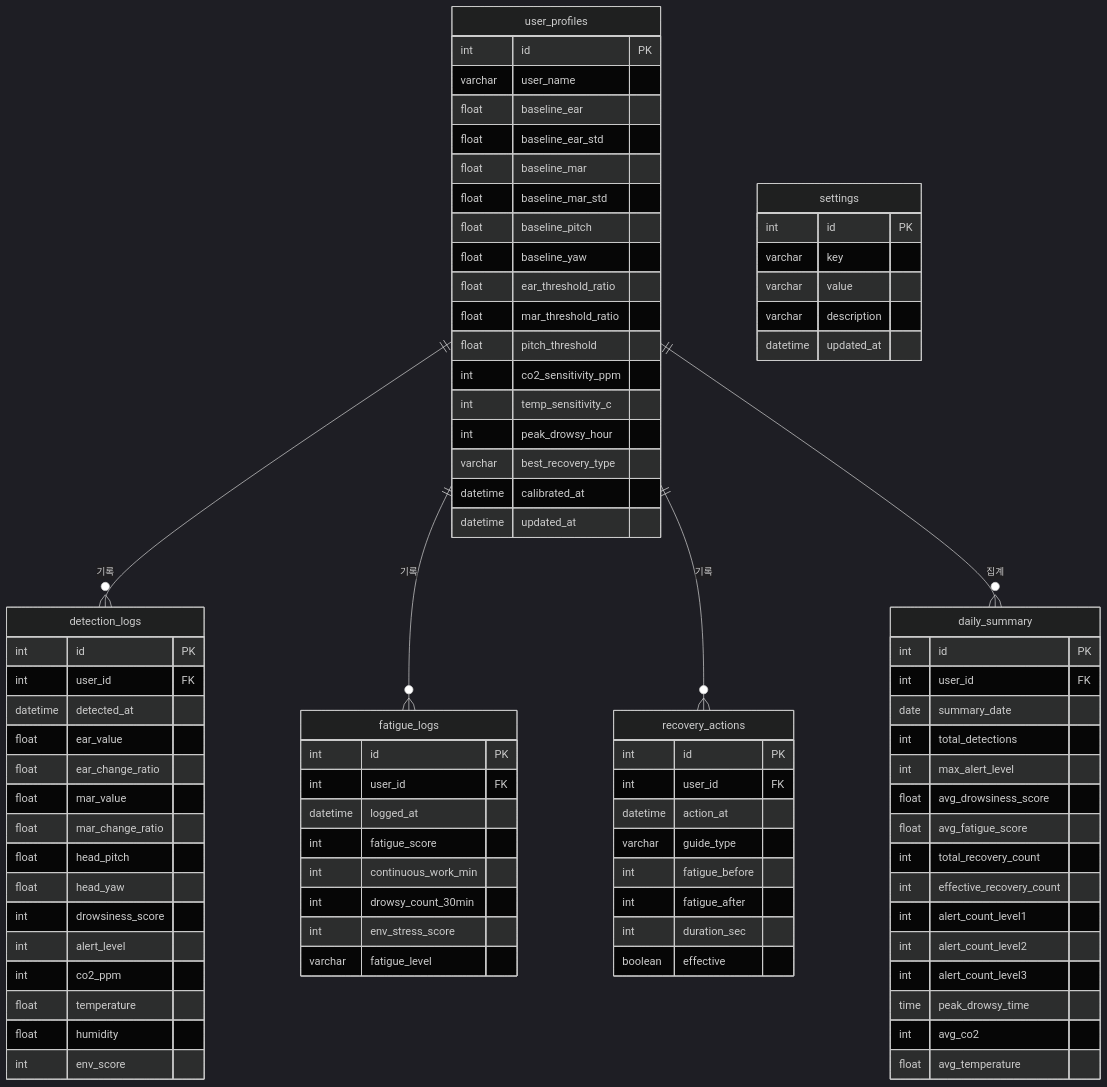
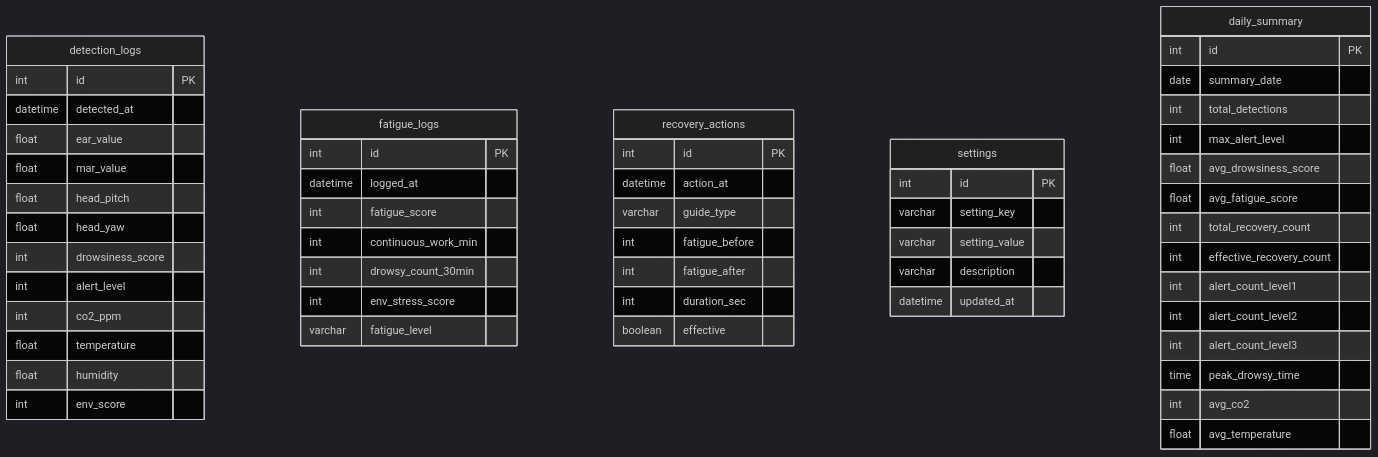
Before and after one commit to pgh165/capstone: the eighth of 11 diagrams in project.md, drawn with Mermaid (dark theme). The commit also changed other lines of this file and 13 other files, not shown here.

````diff
--- a/project.md
+++ b/project.md
@@ -703,33 +548,10 @@
 ```mermaid
 erDiagram
-    user_profiles {
-        int id PK
-        varchar user_name
-        float baseline_ear
-        float baseline_ear_std
-        float baseline_mar
-        float baseline_mar_std
-        float baseline_pitch
-        float baseline_yaw
-        float ear_threshold_ratio
-        float mar_threshold_ratio
-        float pitch_threshold
-        int co2_sensitivity_ppm
-        int temp_sensitivity_c
-        int peak_drowsy_hour
-        varchar best_recovery_type
-        datetime calibrated_at
-        datetime updated_at
-    }
-
     detection_logs {
         int id PK
-        int user_id FK
         datetime detected_at
         float ear_value
-        float ear_change_ratio
         float mar_value
-        float mar_change_ratio
         float head_pitch
         float head_yaw
         int drowsiness_score
@@ -742,7 +564,6 @@
 
     fatigue_logs {
         int id PK
-        int user_id FK
         datetime logged_at
         int fatigue_score
         int continuous_work_min
@@ -753,7 +574,6 @@
 
     recovery_actions {
         int id PK
-        int user_id FK
         datetime action_at
         varchar guide_type
         int fatigue_before
@@ -764,15 +584,14 @@
 
     settings {
         int id PK
-        varchar key
-        varchar value
+        varchar setting_key
+        varchar setting_value
         varchar description
         datetime updated_at
     }
 
     daily_summary {
         int id PK
-        int user_id FK
         date summary_date
         int total_detections
         int max_alert_level
@@ -787,9 +606,4 @@
         int avg_co2
         float avg_temperature
     }
-
-    user_profiles ||--o{ detection_logs : "기록"
-    user_profiles ||--o{ fatigue_logs : "기록"
-    user_profiles ||--o{ recovery_actions : "기록"
-    user_profiles ||--o{ daily_summary : "집계"
 ```
````
